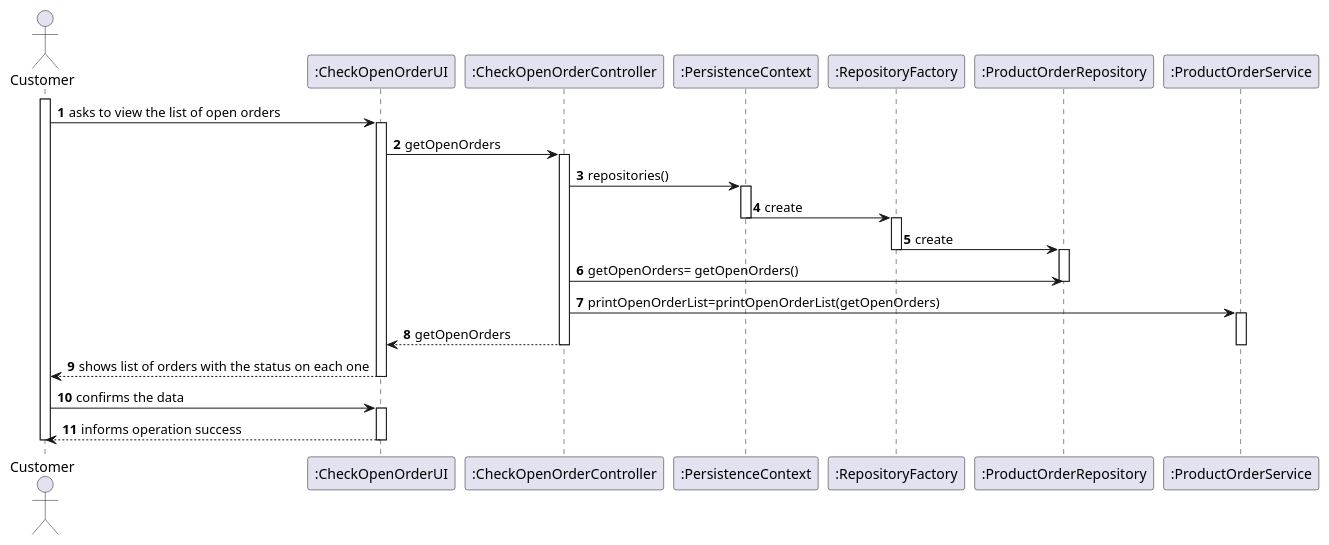
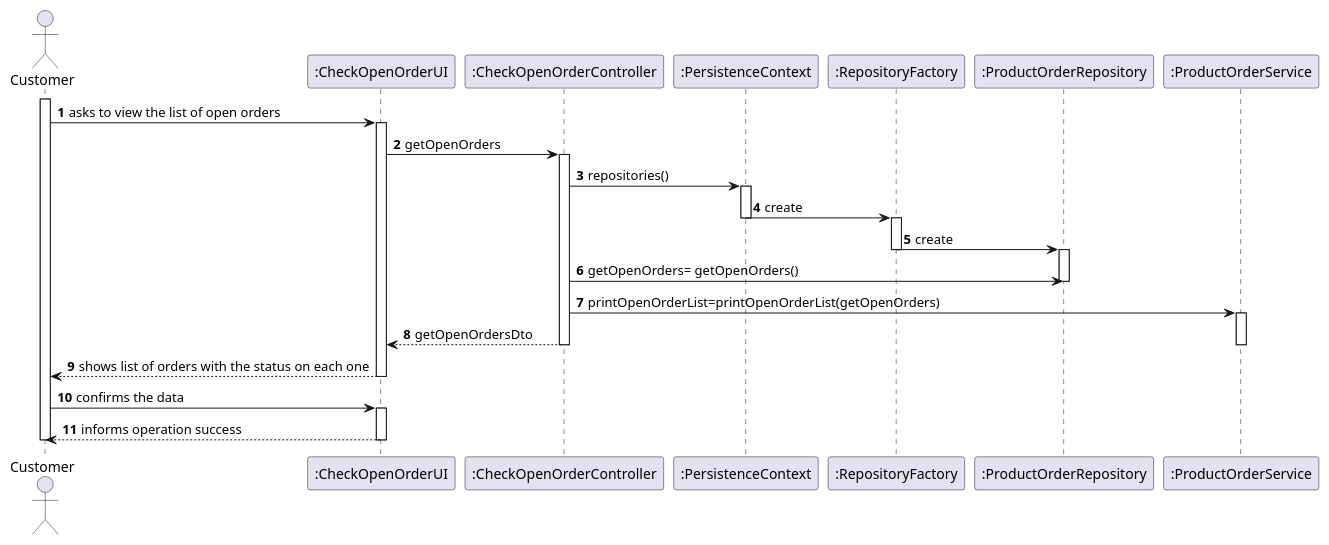
The diagram in docs/Sprint4/US1502/US1502_SD.puml (marttuga/LAPR4-SmartSystems), drawn with PlantUML before and after one commit. The commit also changed 3 other files, not shown here.

```diff
--- a/docs/Sprint4/US1502/US1502_SD.puml
+++ b/docs/Sprint4/US1502/US1502_SD.puml
@@ -1,55 +1,55 @@
 @startuml
 autonumber
 'hide footbox
 actor "Customer" as WE
 participant ":CheckOpenOrderUI" as UI
 participant ":CheckOpenOrderController" as CTRL
 participant ":PersistenceContext" as PC
 participant ":RepositoryFactory" as RF
 participant ":ProductOrderRepository" as ProdRepo
 participant ":ProductOrderService" as ProdS
 
 
 activate WE
 
 WE -> UI : asks to view the list of open orders
 activate UI
 
 
 UI -> CTRL : getOpenOrders
 activate CTRL
 CTRL -> PC : repositories()
 
 activate PC
 PC -> RF : create
 deactivate PC
 activate RF
 RF -> ProdRepo : create
 deactivate RF
 activate ProdRepo
 deactivate ProdRepo
 CTRL -> ProdRepo : getOpenOrders= getOpenOrders()
 deactivate ProdRepo
 CTRL -> ProdS : printOpenOrderList=printOpenOrderList(getOpenOrders)
 
 
 activate ProdS
 
-CTRL --> UI :  getOpenOrders
+CTRL --> UI :  getOpenOrdersDto
 deactivate ProdS
 deactivate CTRL
 
 UI --> WE :shows list of orders with the status on each one
 deactivate UI
 
 
 WE -> UI : confirms the data
 
 activate UI
 UI --> WE : informs operation success
 deactivate UI
 
 deactivate UI
 deactivate WE
 
 @enduml
```
